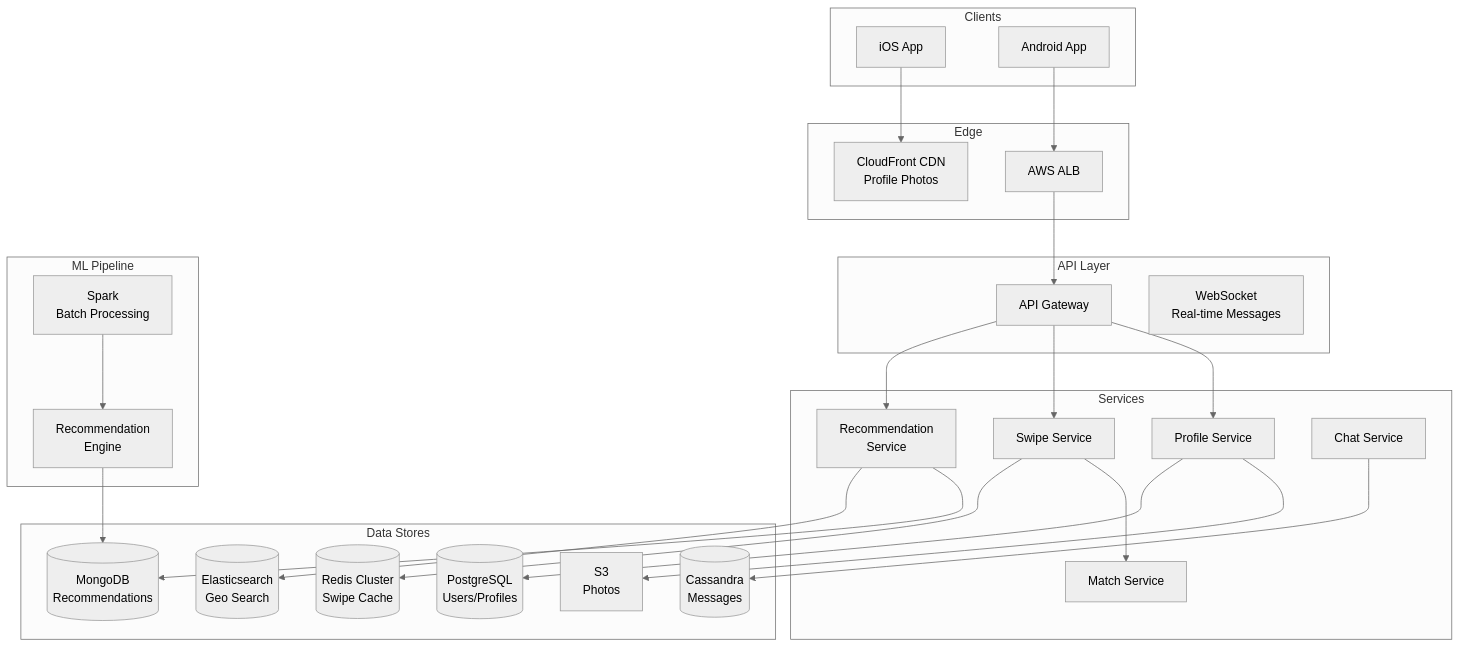
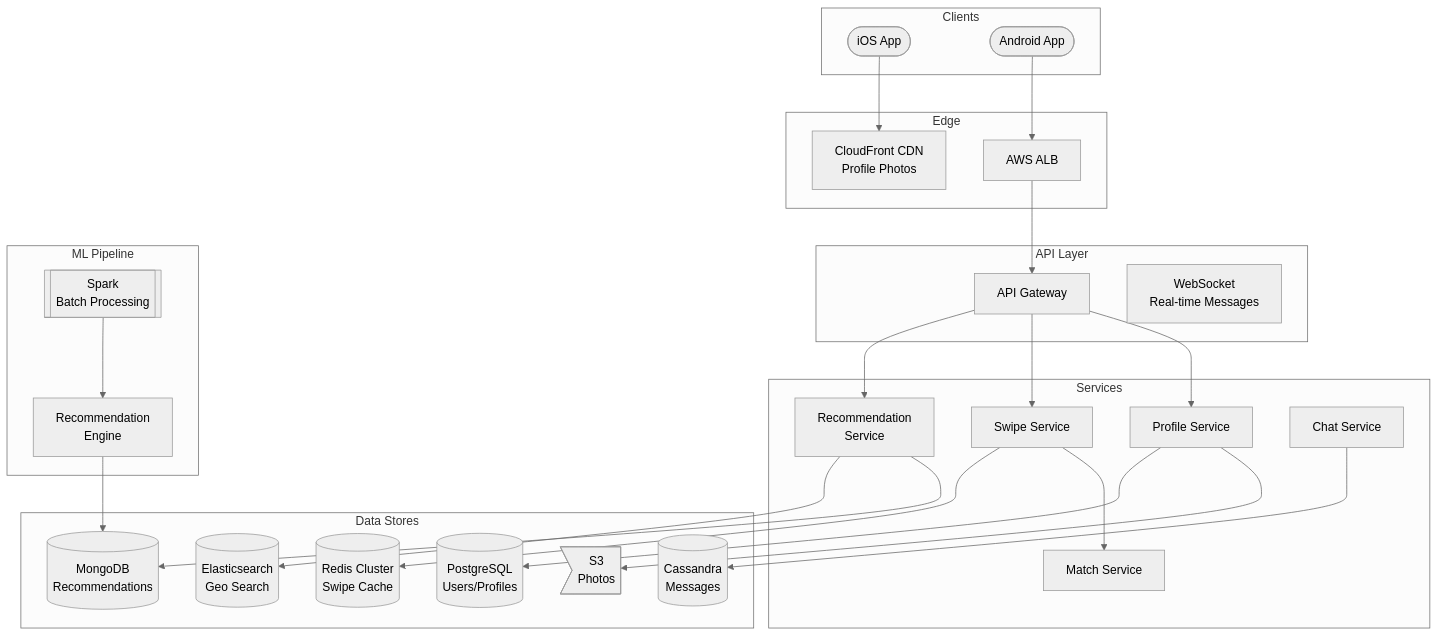
One commit to ShanmugaGanesh1999/Portfolio changed the diagram in docs/prep/System Design/06-Case-Studies/17-tinder.md. Above: the diagram before and after it, drawn with Mermaid (neutral theme). The commit also changed 40 other files, not shown here.

First line of the commit message:
Refactor diagram node rendering to use reusable shape components

````diff
--- a/docs/prep/System Design/06-Case-Studies/17-tinder.md
+++ b/docs/prep/System Design/06-Case-Studies/17-tinder.md
@@ -48,55 +48,55 @@
 ```mermaid
 graph TD
     subgraph Clients
-        C1[iOS App]
-        C2[Android App]
+        C1([iOS App])
+        C2([Android App])
     end
     
     subgraph Edge
         CDN[CloudFront CDN<br/>Profile Photos]
         LB[AWS ALB]
     end
     
     subgraph API Layer
         API[API Gateway]
         WS[WebSocket<br/>Real-time Messages]
     end
     
     subgraph Services
         RS[Recommendation<br/>Service]
         SS[Swipe Service]
         MS[Match Service]
         PS[Profile Service]
         CHAT[Chat Service]
     end
     
     subgraph Data Stores
         PG[(PostgreSQL<br/>Users/Profiles)]
         REDIS[(Redis Cluster<br/>Swipe Cache)]
         MONGO[(MongoDB<br/>Recommendations)]
         CASSANDRA[(Cassandra<br/>Messages)]
         ES[(Elasticsearch<br/>Geo Search)]
-        S3[S3<br/>Photos]
+        S3>S3<br/>Photos]
     end
     
     subgraph ML Pipeline
         REC[Recommendation<br/>Engine]
-        SPARK[Spark<br/>Batch Processing]
+        SPARK[[Spark<br/>Batch Processing]]
     end
     
     C1 --> CDN
     C2 --> LB
     LB --> API
     API --> RS
     API --> SS
     API --> PS
     RS --> ES
     RS --> MONGO
     SS --> REDIS
     SS --> MS
     PS --> PG
     PS --> S3
     CHAT --> CASSANDRA
     REC --> MONGO
     SPARK --> REC
 ```
````
